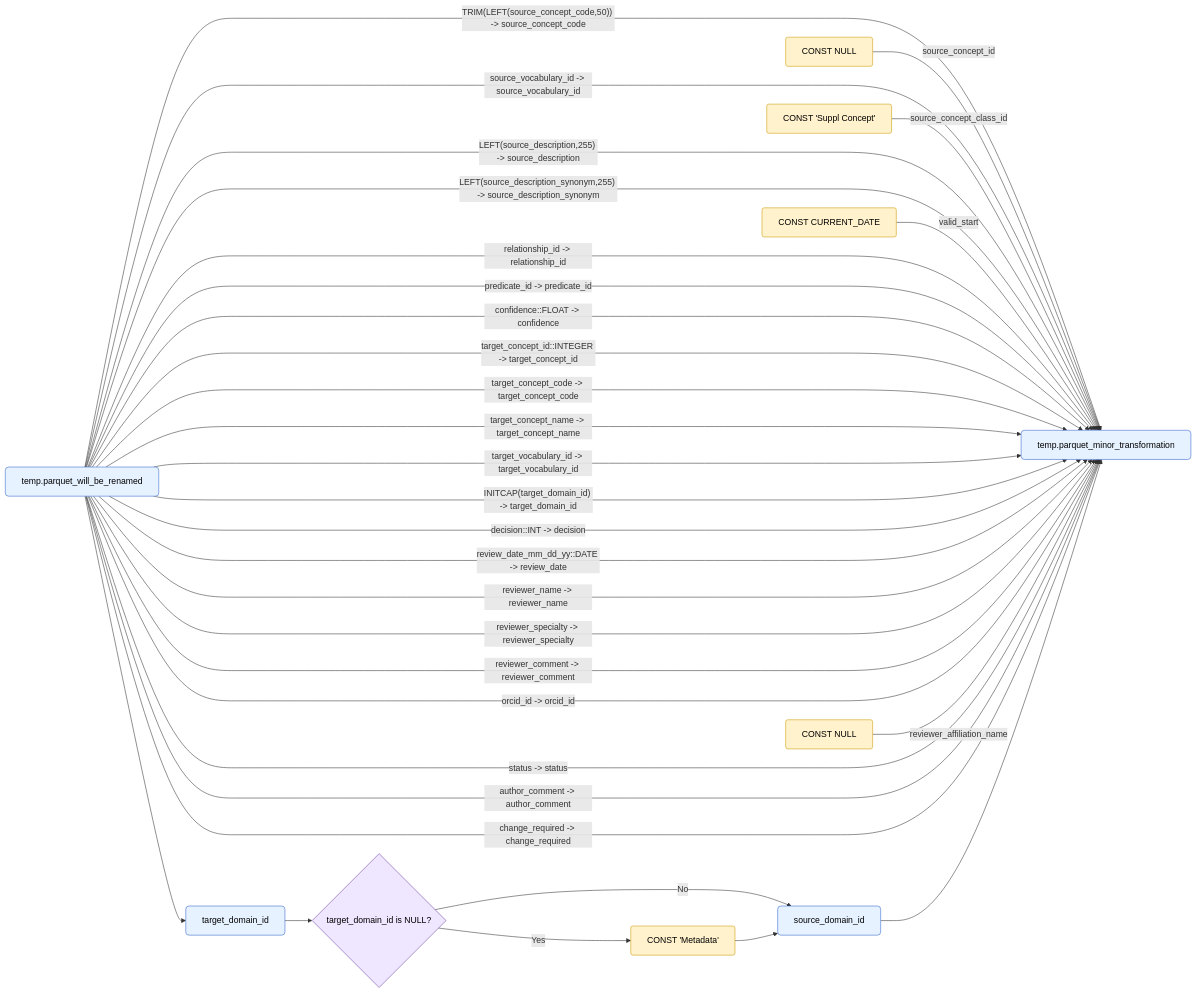
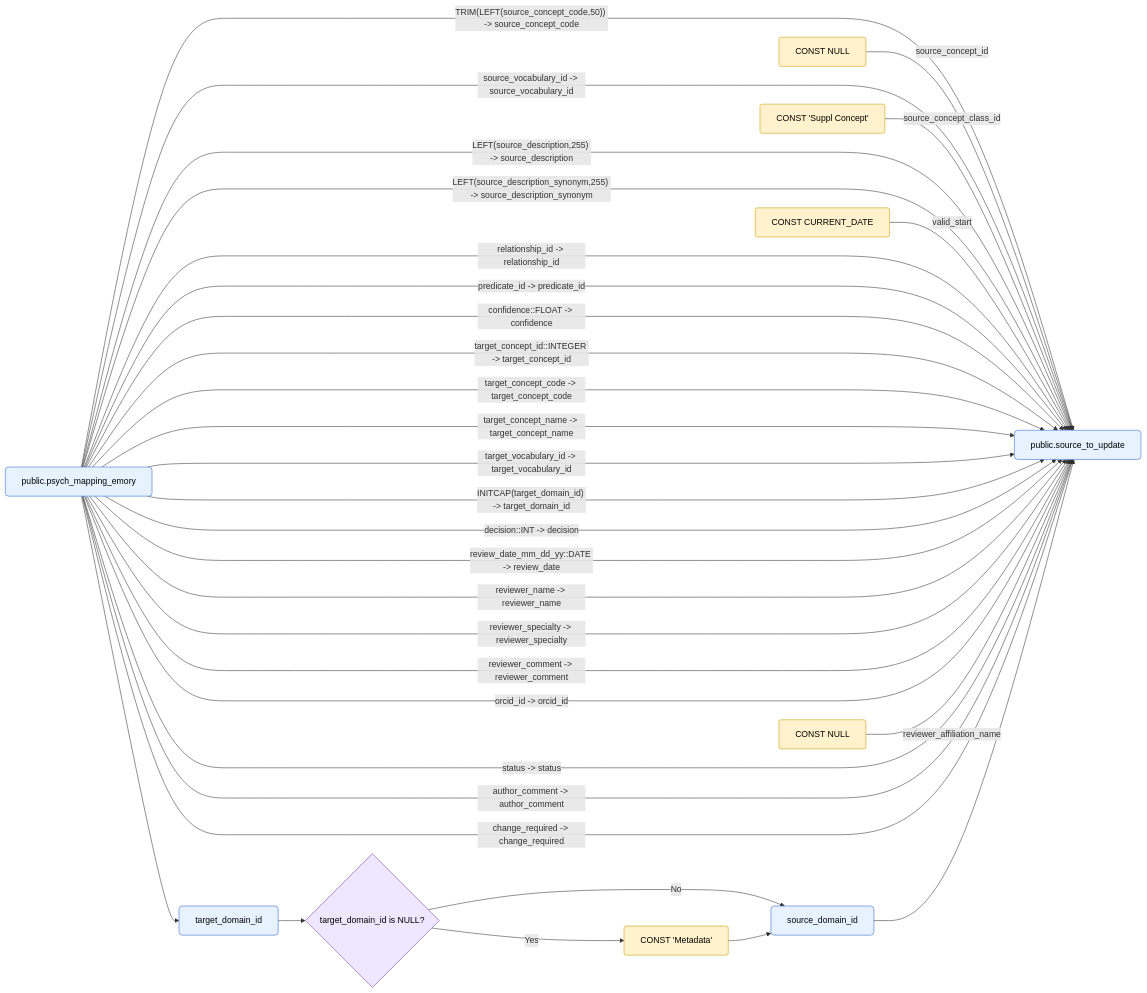
Before and after one commit to Emory-OMOP/CVB: the fourth of 6 diagrams in PSYCHIATRY/Builder/sql/readme.md, drawn with Mermaid.

Commit message:
Updated schema to public.psych_mapping_emory and public.source_to_update

````diff
--- a/PSYCHIATRY/Builder/sql/readme.md
+++ b/PSYCHIATRY/Builder/sql/readme.md
@@ -118,64 +118,64 @@
 ```mermaid
 %% UPDATED Column-level lineage: load-source.sql (Step 3)
 %% Styles: table=blue, const=yellow, file=green, logic=purple
 
 flowchart LR
 
 %% Tables
-PM[temp.parquet_will_be_renamed]:::table
-STU[temp.parquet_minor_transformation]:::table
+PM[public.psych_mapping_emory]:::table
+STU[public.source_to_update]:::table
 
 %% Constants
 K_CLASS[CONST 'Suppl Concept']:::const
 K_METADATA[CONST 'Metadata']:::const
 K_TODAY[CONST CURRENT_DATE]:::const
 K_NULL_CODE[CONST NULL]:::const
 K_NULL_AFFIL[CONST NULL]:::const
 
 %% Decision for COALESCE(target_domain_id,'Metadata') -> source_domain_id
 TDI[target_domain_id]:::table
 SDI[source_domain_id]:::table
 D1{target_domain_id is NULL?}:::logic
 
 PM --> TDI
 TDI --> D1
 D1 -- No --> SDI
 D1 -- Yes --> K_METADATA
 K_METADATA --> SDI
 
 %% Remaining column-level mappings (functions quoted)
 PM -->|"TRIM(LEFT(source_concept_code,50))" -> source_concept_code| STU
 K_NULL_CODE -->|source_concept_id| STU
 PM -->|source_vocabulary_id -> source_vocabulary_id| STU
 K_CLASS -->|source_concept_class_id| STU
 PM -->|"LEFT(source_description,255)" -> source_description| STU
 PM -->|"LEFT(source_description_synonym,255)" -> source_description_synonym| STU
 K_TODAY -->|valid_start| STU
 PM -->|relationship_id -> relationship_id| STU
 PM -->|predicate_id -> predicate_id| STU
 PM -->|"confidence::FLOAT" -> confidence| STU
 PM -->|"target_concept_id::INTEGER" -> target_concept_id| STU
 PM -->|target_concept_code -> target_concept_code| STU
 PM -->|target_concept_name -> target_concept_name| STU
 PM -->|target_vocabulary_id -> target_vocabulary_id| STU
 PM -->|"INITCAP(target_domain_id)" -> target_domain_id| STU
 PM -->|"decision::INT" -> decision| STU
 PM -->|"review_date_mm_dd_yy::DATE" -> review_date| STU
 PM -->|reviewer_name -> reviewer_name| STU
 PM -->|reviewer_specialty -> reviewer_specialty| STU
 PM -->|reviewer_comment -> reviewer_comment| STU
 PM -->|orcid_id -> orcid_id| STU
 K_NULL_AFFIL -->|reviewer_affiliation_name| STU
 PM -->|status -> status| STU
 PM -->|author_comment -> author_comment| STU
 PM -->|change_required -> change_required| STU
 
 %% Connect decision result into target table
 SDI --> STU
 
 %% Styles
 classDef table fill:#e6f2ff,stroke:#3366cc,stroke-width:1px,color:#000,rx:6,ry:6;
 classDef const fill:#fff2cc,stroke:#cc9900,stroke-width:1px,color:#000,rx:4,ry:4;
 classDef file fill:#e6ffe6,stroke:#339933,stroke-width:1px,color:#000,rx:4,ry:4;
 classDef logic fill:#efe6ff,stroke:#6b3fa0,stroke-width:1px,color:#000,rx:6,ry:6;
 ```
````
